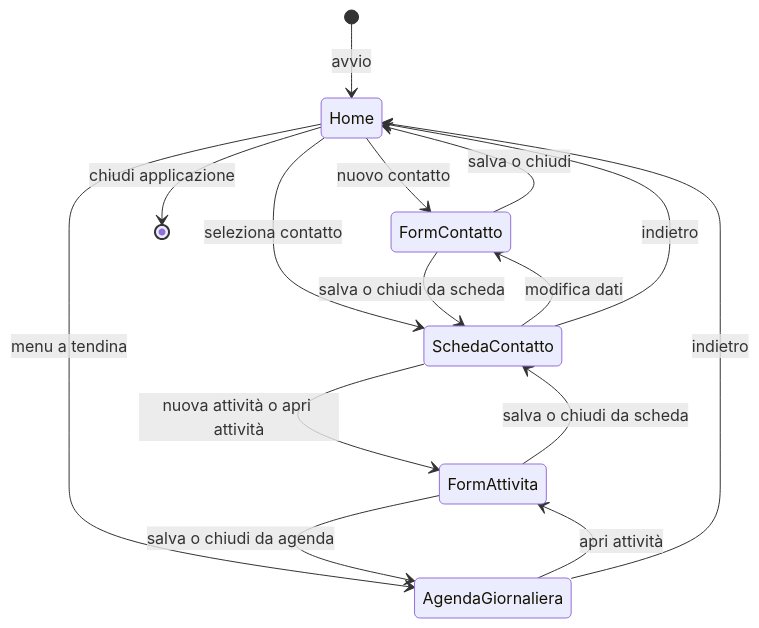
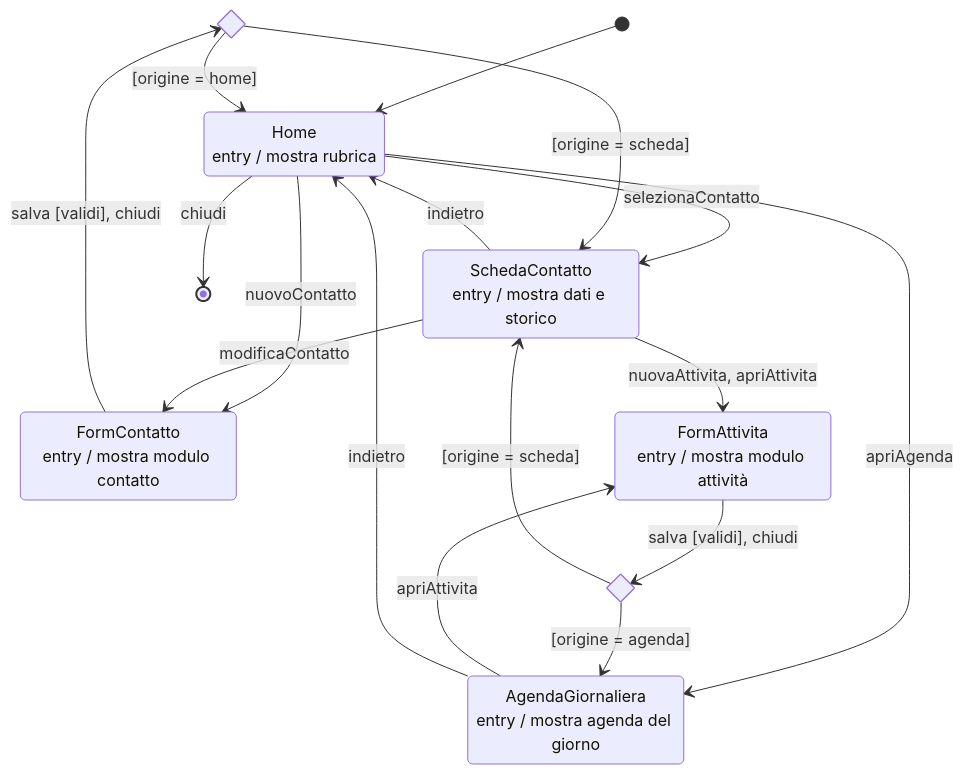
Before and after one commit to ThatIsPoli/MPlan: the third of 3 diagrams in docs/deliverables/specifica-requisiti.md, drawn with Mermaid. The commit also changed other lines of this file and 1 other file, not shown here.

````diff
--- a/docs/deliverables/specifica-requisiti.md
+++ b/docs/deliverables/specifica-requisiti.md
@@ -544,17 +566,27 @@
 ```mermaid
 stateDiagram-v2
-    [*] --> Home : avvio
-    Home --> FormContatto : nuovo contatto
-    FormContatto --> Home : salva o chiudi
-    Home --> SchedaContatto : seleziona contatto
-    SchedaContatto --> FormContatto : modifica dati
-    FormContatto --> SchedaContatto : salva o chiudi da scheda
-    SchedaContatto --> FormAttivita : nuova attività o apri attività
-    FormAttivita --> SchedaContatto : salva o chiudi da scheda
+    direction TB
+    state sceltaContatto <<choice>>
+    state sceltaAttivita <<choice>>
+    [*] --> Home
+    state "Home<br/>entry / mostra rubrica" as Home
+    state "FormContatto<br/>entry / mostra modulo contatto" as FormContatto
+    state "SchedaContatto<br/>entry / mostra dati e storico" as SchedaContatto
+    state "FormAttivita<br/>entry / mostra modulo attività" as FormAttivita
+    state "AgendaGiornaliera<br/>entry / mostra agenda del giorno" as AgendaGiornaliera
+    Home --> FormContatto : nuovoContatto
+    Home --> SchedaContatto : selezionaContatto
+    Home --> AgendaGiornaliera : apriAgenda
+    SchedaContatto --> FormContatto : modificaContatto
+    SchedaContatto --> FormAttivita : nuovaAttivita, apriAttivita
+    AgendaGiornaliera --> FormAttivita : apriAttivita
     SchedaContatto --> Home : indietro
-    Home --> AgendaGiornaliera : menu a tendina
-    AgendaGiornaliera --> FormAttivita : apri attività
-    FormAttivita --> AgendaGiornaliera : salva o chiudi da agenda
     AgendaGiornaliera --> Home : indietro
-    Home --> [*] : chiudi applicazione
+    FormContatto --> sceltaContatto : salva [validi], chiudi
+    sceltaContatto --> Home : [origine = home]
+    sceltaContatto --> SchedaContatto : [origine = scheda]
+    FormAttivita --> sceltaAttivita : salva [validi], chiudi
+    sceltaAttivita --> SchedaContatto : [origine = scheda]
+    sceltaAttivita --> AgendaGiornaliera : [origine = agenda]
+    Home --> [*] : chiudi
 ```
````
